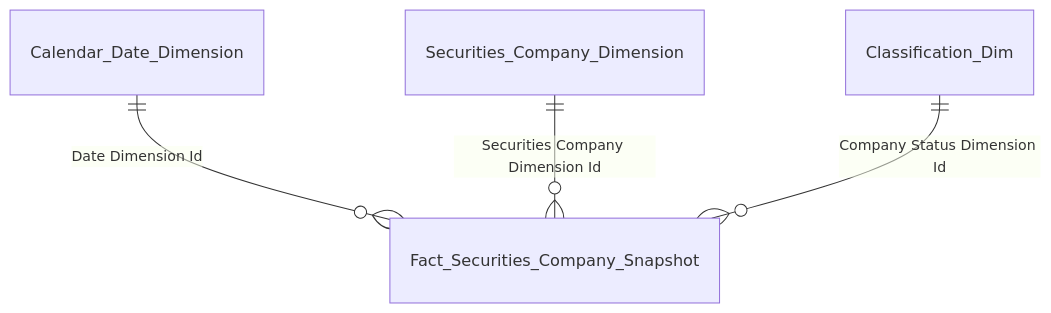
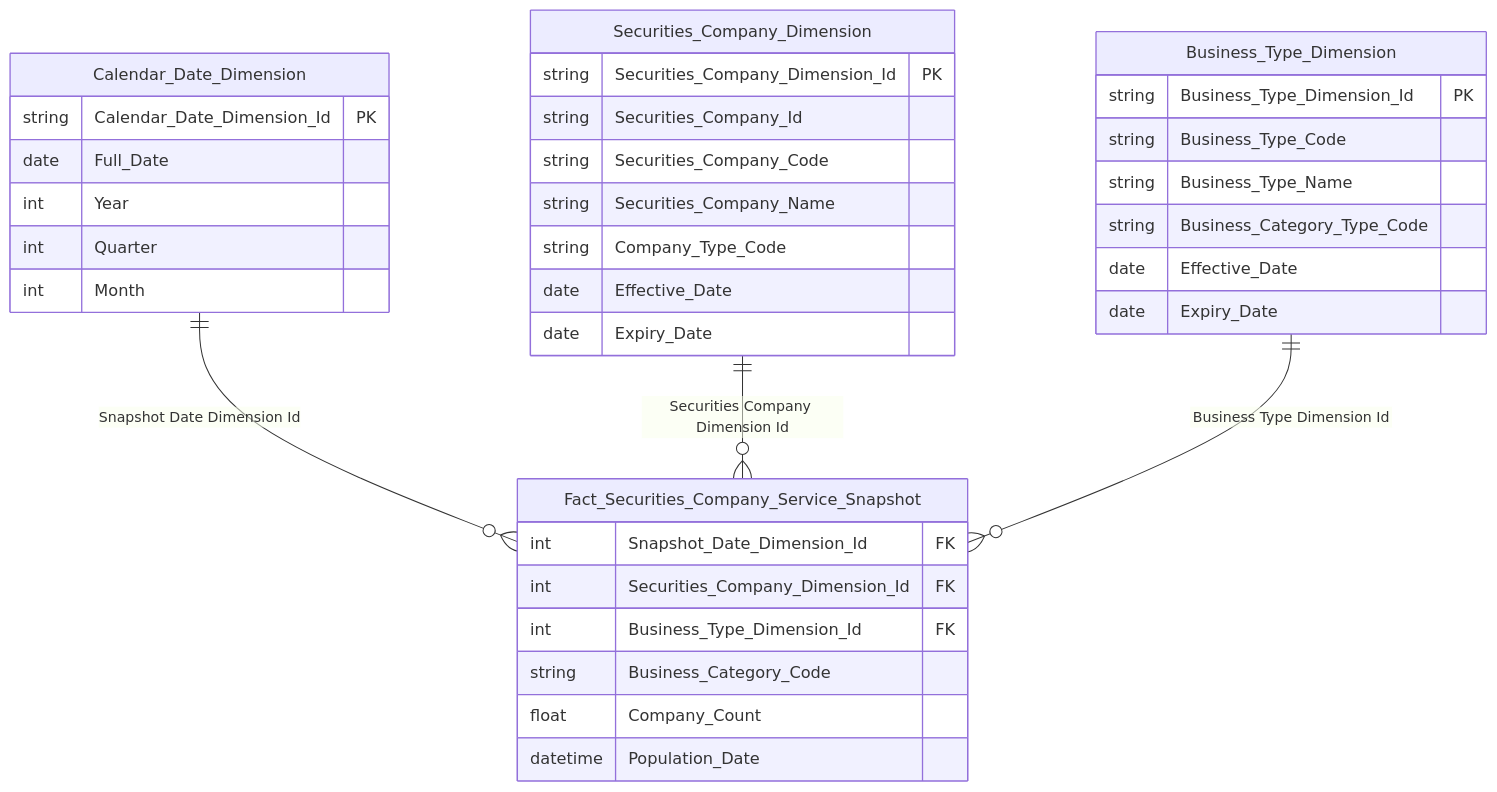
Before and after one commit to linhlvit/ubck_atomic_design: diagram 19 of 37 in Gold/hld/GOLD_QLKD_HLD.md, drawn with Mermaid. The commit also changed other lines of this file and 5 other files, not shown here.

````diff
--- a/Gold/hld/GOLD_QLKD_HLD.md
+++ b/Gold/hld/GOLD_QLKD_HLD.md
@@ -196,6 +750,42 @@
 ```mermaid
 erDiagram
-    Calendar_Date_Dimension ||--o{ Fact_Securities_Company_Snapshot : "Date Dimension Id"
-    Securities_Company_Dimension ||--o{ Fact_Securities_Company_Snapshot : "Securities Company Dimension Id"
-    Classification_Dim ||--o{ Fact_Securities_Company_Snapshot : "Company Status Dimension Id"
+    Fact_Securities_Company_Service_Snapshot {
+        int Snapshot_Date_Dimension_Id FK
+        int Securities_Company_Dimension_Id FK
+        int Business_Type_Dimension_Id FK
+        string Business_Category_Code
+        float Company_Count
+        datetime Population_Date
+    }
+
+    Securities_Company_Dimension {
+        string Securities_Company_Dimension_Id PK
+        string Securities_Company_Id
+        string Securities_Company_Code
+        string Securities_Company_Name
+        string Company_Type_Code
+        date Effective_Date
+        date Expiry_Date
+    }
+
+    Business_Type_Dimension {
+        string Business_Type_Dimension_Id PK
+        string Business_Type_Code
+        string Business_Type_Name
+        string Business_Category_Type_Code
+        date Effective_Date
+        date Expiry_Date
+    }
+
+    Calendar_Date_Dimension {
+        string Calendar_Date_Dimension_Id PK
+        date Full_Date
+        int Year
+        int Quarter
+        int Month
+    }
+
+    Calendar_Date_Dimension ||--o{ Fact_Securities_Company_Service_Snapshot : "Snapshot Date Dimension Id"
+    Securities_Company_Dimension ||--o{ Fact_Securities_Company_Service_Snapshot : "Securities Company Dimension Id"
+    Business_Type_Dimension ||--o{ Fact_Securities_Company_Service_Snapshot : "Business Type Dimension Id"
 ```
````
